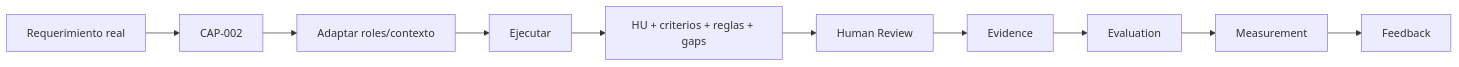
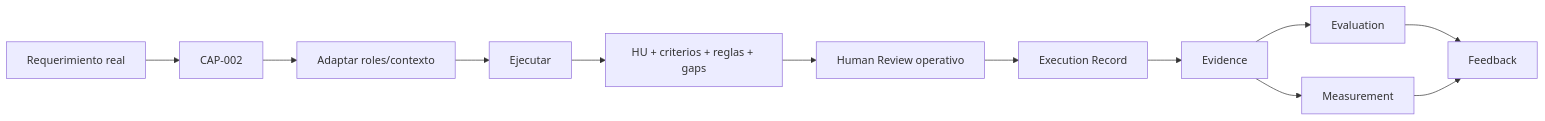
The diagram in golden-paths/README.md (elmercharrebaufest/MOA-AI-Engineering), drawn with Mermaid before and after one commit. The commit also changed other lines of this file and 2 other files, not shown here.

First line of the commit message:
docs(adoption): clarify evaluation and measurement flow

````diff
--- a/golden-paths/README.md
+++ b/golden-paths/README.md
@@ -83,12 +83,14 @@
 ```mermaid
 flowchart LR
     A["Requerimiento real"] --> B["CAP-002"]
     B --> C["Adaptar roles/contexto"]
     C --> D["Ejecutar"]
     D --> E["HU + criterios + reglas + gaps"]
-    E --> F["Human Review"]
-    F --> G["Evidence"]
-    G --> H["Evaluation"]
-    H --> I["Measurement"]
-    I --> J["Feedback"]
+    E --> F["Human Review operativo"]
+    F --> G["Execution Record"]
+    G --> H["Evidence"]
+    H --> I["Evaluation"]
+    H --> J["Measurement"]
+    I --> K["Feedback"]
+    J --> K
 ```
````
